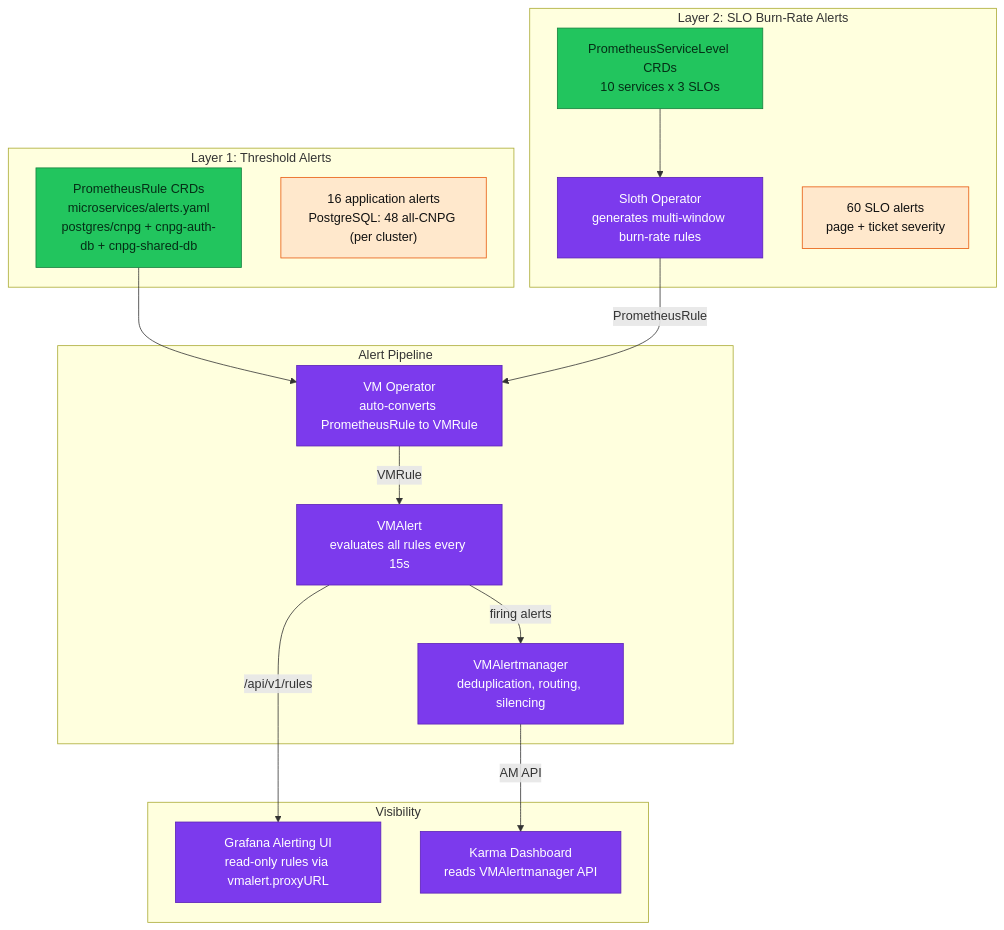
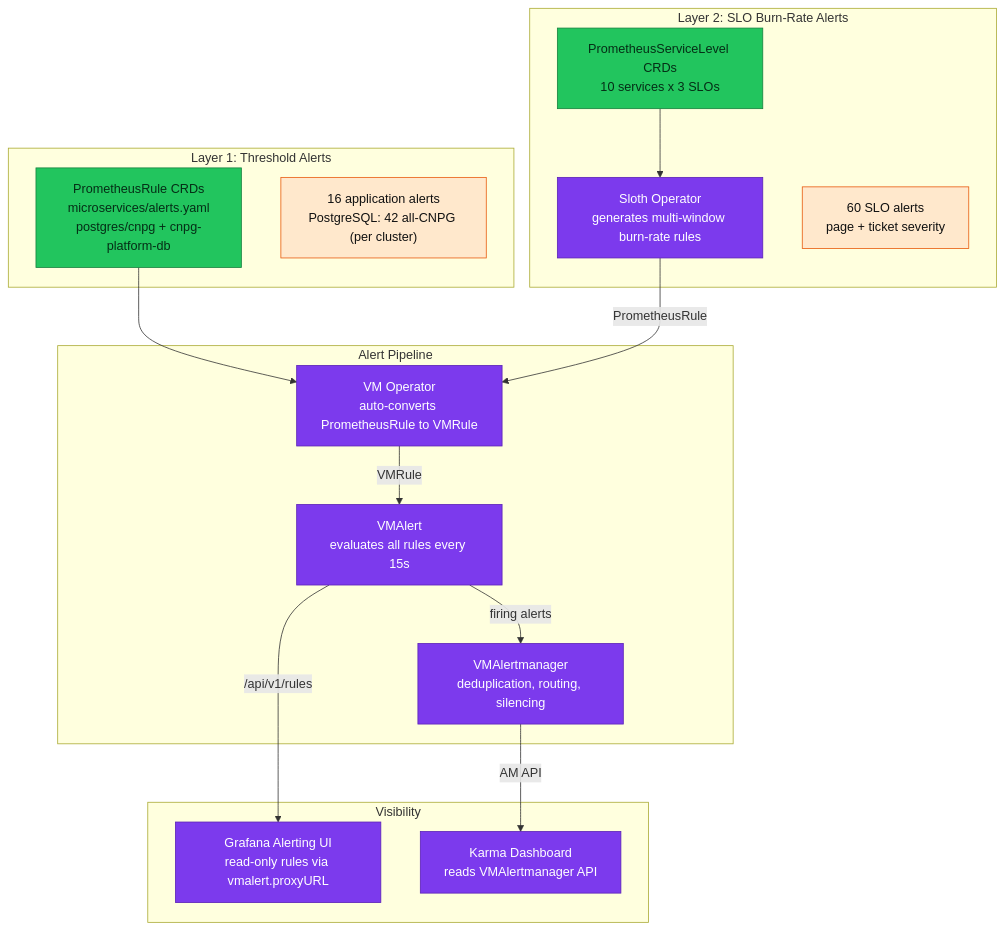
One commit to duynhlab/homelab changed the second of 3 diagrams in docs/observability/alerting/README.md. Above: the diagram before and after it, drawn with Mermaid. The commit also changed other lines of this file and 147 other files, not shown here.

First line of the commit message:
Consolidate platform postgres into platform-db (#543)

````diff
--- a/docs/observability/alerting/README.md
+++ b/docs/observability/alerting/README.md
@@ -101,43 +101,43 @@
 ```mermaid
 flowchart TD
     subgraph layer1 ["Layer 1: Threshold Alerts"]
-        PR1["PrometheusRule CRDs<br/>microservices/alerts.yaml<br/>postgres/cnpg + cnpg-auth-db + cnpg-shared-db"]
-        T1["16 application alerts<br/>PostgreSQL: 48 all-CNPG (per cluster)"]
+        PR1["PrometheusRule CRDs<br/>microservices/alerts.yaml<br/>postgres/cnpg + cnpg-platform-db"]
+        T1["16 application alerts<br/>PostgreSQL: 42 all-CNPG (per cluster)"]
     end
 
     subgraph layer2 ["Layer 2: SLO Burn-Rate Alerts"]
         PSL["PrometheusServiceLevel CRDs<br/>10 services x 3 SLOs"]
         Sloth["Sloth Operator<br/>generates multi-window burn-rate rules"]
         T2["60 SLO alerts<br/>page + ticket severity"]
     end
 
     subgraph pipeline ["Alert Pipeline"]
         VMOp["VM Operator<br/>auto-converts PrometheusRule to VMRule"]
         VMAlert["VMAlert<br/>evaluates all rules every 15s"]
         VMAM["VMAlertmanager<br/>deduplication, routing, silencing"]
     end
 
     subgraph viz [Visibility]
         Grafana["Grafana Alerting UI<br/>read-only rules via vmalert.proxyURL"]
         Karma["Karma Dashboard<br/>reads VMAlertmanager API"]
     end
 
     PR1 --> VMOp
     PSL --> Sloth
     Sloth -->|"PrometheusRule"| VMOp
     VMOp -->|"VMRule"| VMAlert
     VMAlert -->|"firing alerts"| VMAM
     VMAlert -->|"/api/v1/rules"| Grafana
     VMAM -->|"AM API"| Karma
 
     classDef service fill:#06b6d4,color:#082f49,stroke:#0e7490;
     classDef platform fill:#7c3aed,color:#fff,stroke:#5b21b6;
     classDef external fill:#64748b,color:#fff,stroke:#334155;
     classDef metric fill:#ffe8cc,color:#111,stroke:#e8590c;
     classDef collector fill:#a5d8ff,color:#111,stroke:#1971c2;
     classDef data fill:#22c55e,color:#052e16,stroke:#15803d;
     classDef planned fill:#fff,color:#475569,stroke:#64748b,stroke-dasharray:5 5;
     class PR1,PSL data;
     class VMOp,Sloth,VMAlert,VMAM,Grafana,Karma platform;
     class T1,T2 metric;
 ```
````
